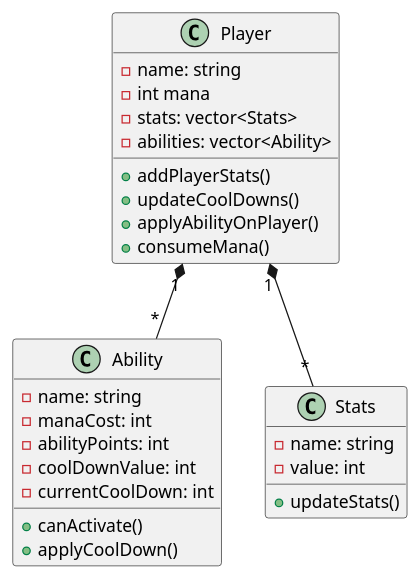
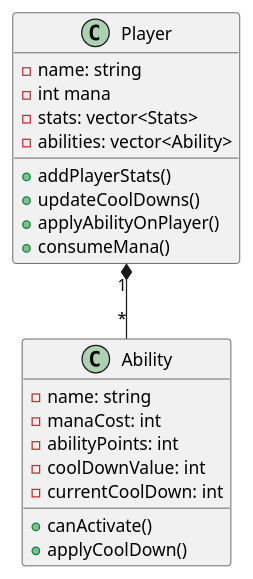
The diagram in skill-system/diagram.puml (Gustavo-Valadares/OOS-Trabalho-Tecnico-Estagio), drawn with PlantUML before and after one commit. The commit also changed 1 other file, not shown here.

```diff
--- a/skill-system/diagram.puml
+++ b/skill-system/diagram.puml
@@ -1,36 +1,28 @@
 @startuml
 
 class Player {
     - name: string
     - int mana
     - stats: vector<Stats>
     - abilities: vector<Ability>
 
     + addPlayerStats()
     + updateCoolDowns()
     + applyAbilityOnPlayer()
     + consumeMana()
 }
 
 class Ability {
     - name: string
     - manaCost: int
     - abilityPoints: int
     - coolDownValue: int
     - currentCoolDown: int
 
     + canActivate()
     + applyCoolDown()
 }
 
-class Stats {
-    - name: string
-    - value: int
-
-    + updateStats()
-}
-
 Player "1" *-- "*" Ability
-Player "1" *-- "*" Stats
 
 @enduml
```
